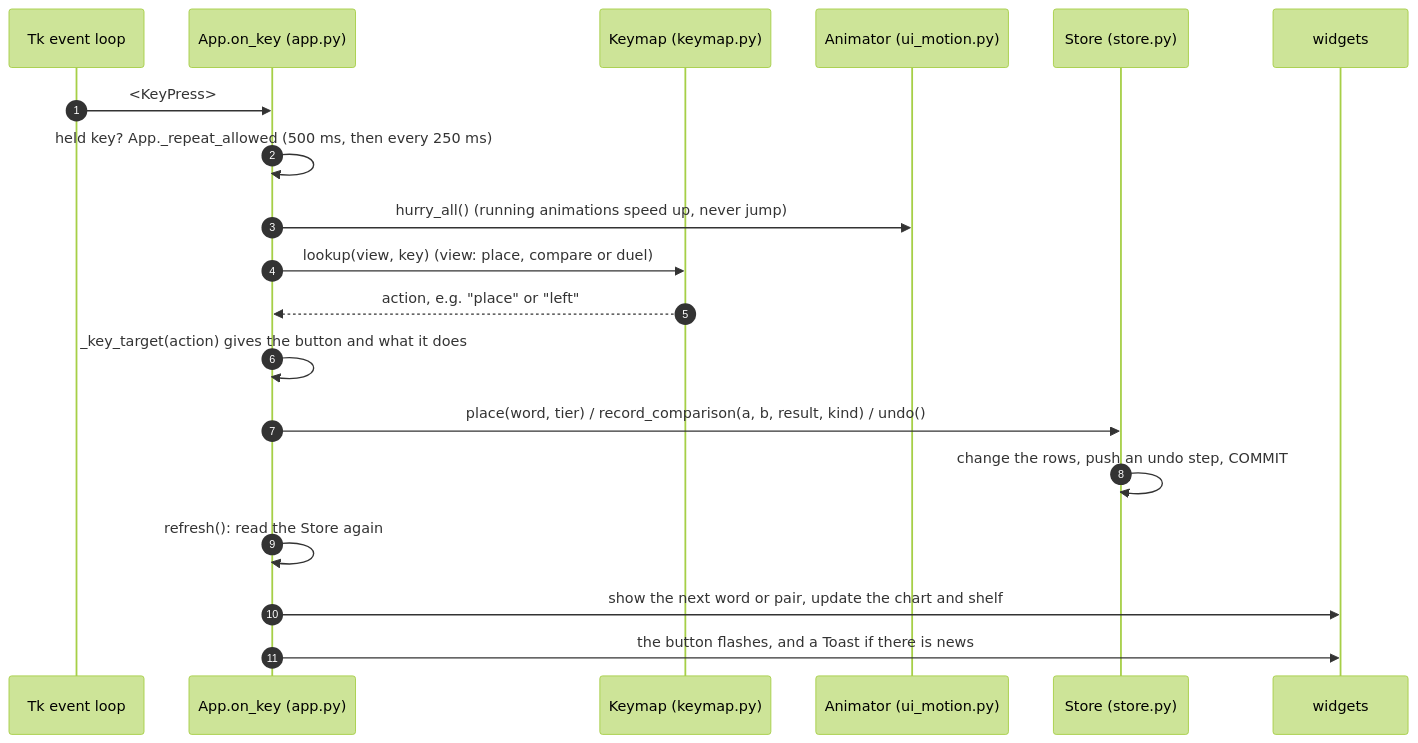
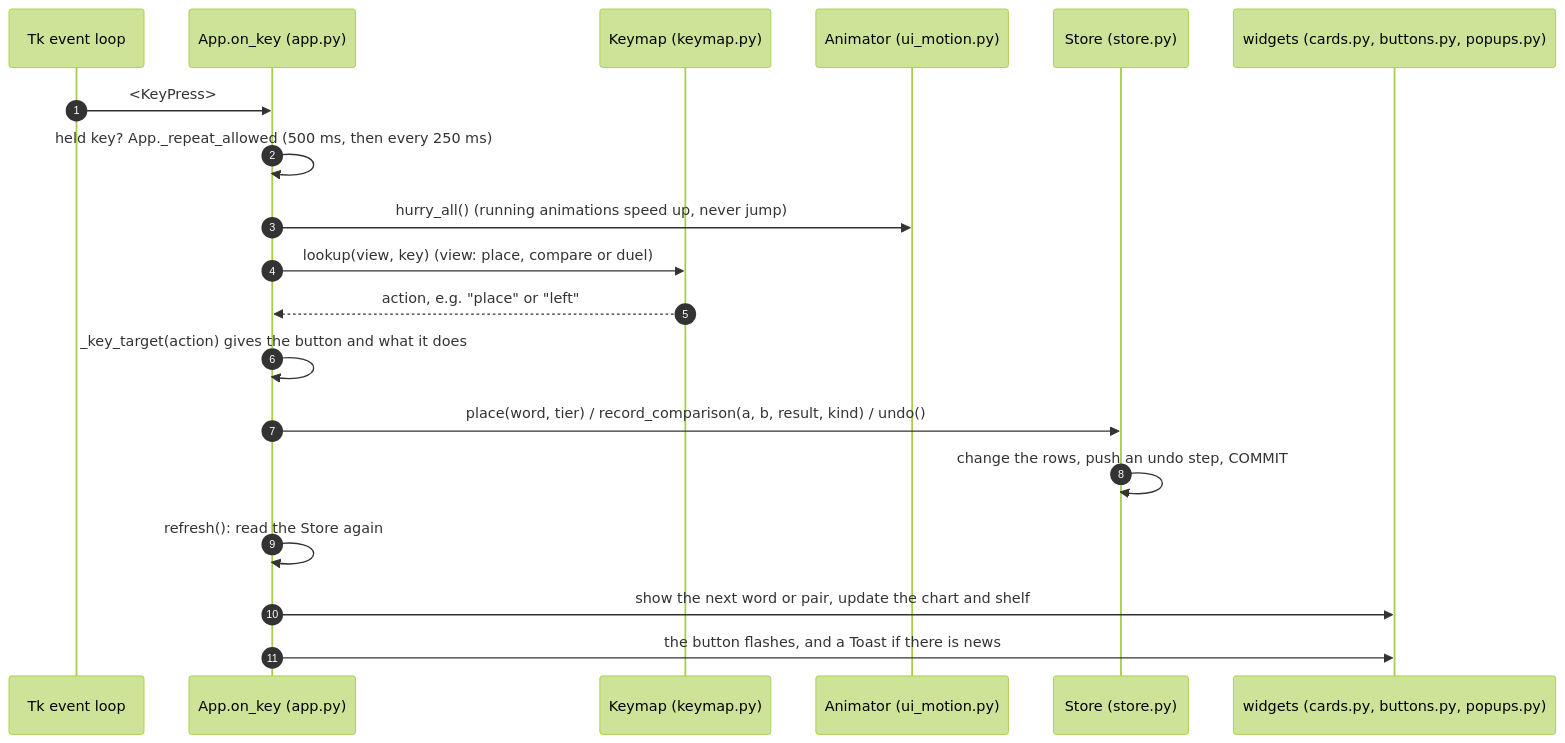
One commit to kiva-mccr/Word-Tierlister changed the fourth of 13 diagrams in DEVELOPERS.md. Above: the diagram before and after it, drawn with Mermaid (forest theme). The commit also changed other lines of this file and 71 other files, not shown here.

````diff
--- a/DEVELOPERS.md
+++ b/DEVELOPERS.md
@@ -180,21 +188,21 @@
 ```mermaid
 sequenceDiagram
     autonumber
     participant Tk as Tk event loop
     participant App as App.on_key (app.py)
     participant K as Keymap (keymap.py)
     participant Anim as Animator (ui_motion.py)
     participant S as Store (store.py)
-    participant W as widgets
+    participant W as widgets (cards.py, buttons.py, popups.py)
     Tk->>App: <KeyPress>
     App->>App: held key? App._repeat_allowed (500 ms, then every 250 ms)
     App->>Anim: hurry_all() (running animations speed up, never jump)
     App->>K: lookup(view, key)  (view: place, compare or duel)
     K-->>App: action, e.g. "place" or "left"
     App->>App: _key_target(action) gives the button and what it does
     App->>S: place(word, tier) / record_comparison(a, b, result, kind) / undo()
     S->>S: change the rows, push an undo step, COMMIT
     App->>App: refresh(): read the Store again
     App->>W: show the next word or pair, update the chart and shelf
     App->>W: the button flashes, and a Toast if there is news
 ```
````
